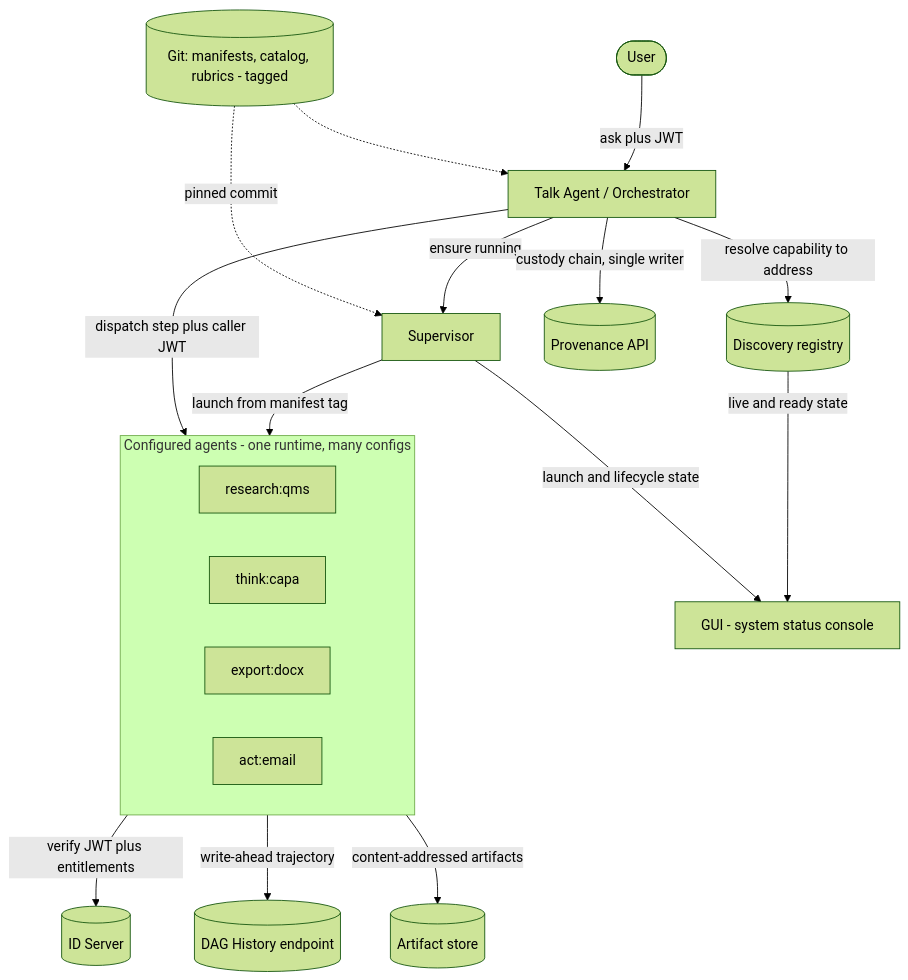
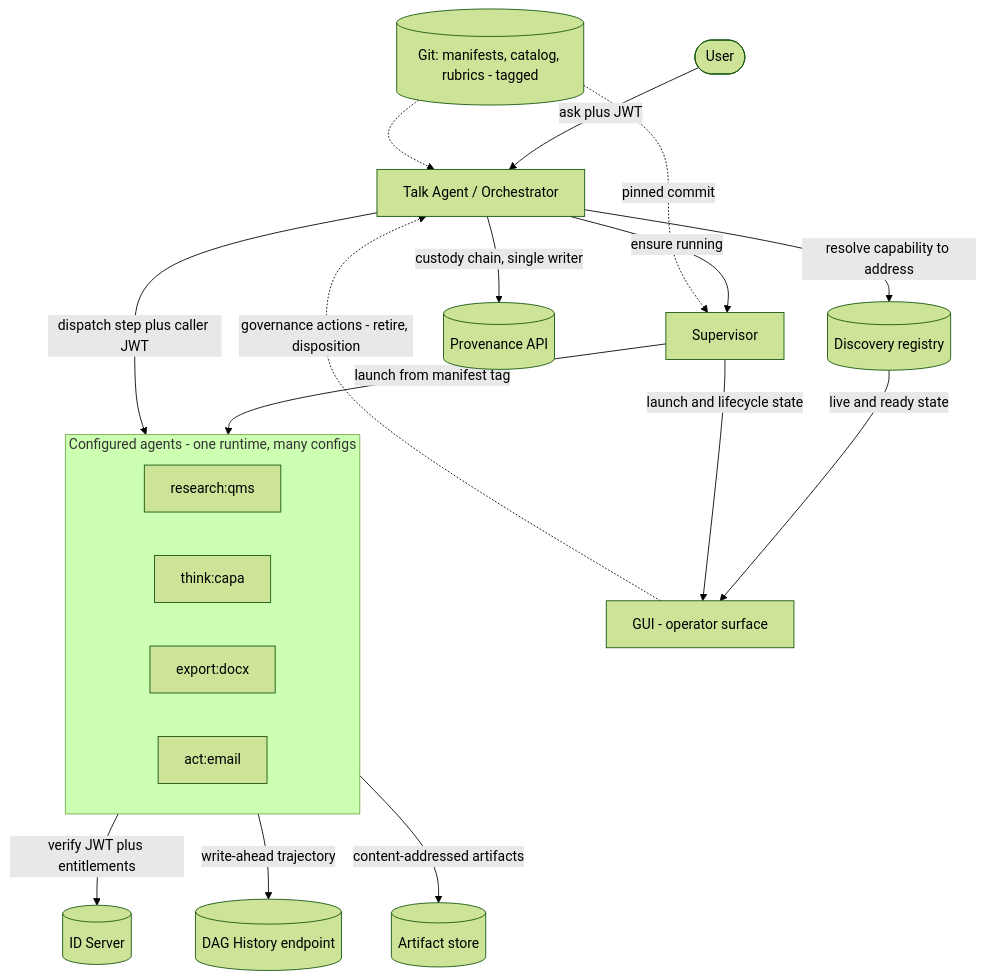
Before and after one commit to devausrehamd/rehamdmacflow: the first of 2 diagrams in docs/specs/SPEC-agent-platform-and-control-plane.md, drawn with Mermaid (forest theme). The commit also changed other lines of this file, not shown here.

First line of the commit message:
docs(spec): retire decision branches from the GUI

````diff
--- a/docs/specs/SPEC-agent-platform-and-control-plane.md
+++ b/docs/specs/SPEC-agent-platform-and-control-plane.md
@@ -38,22 +38,23 @@
 ```mermaid
 flowchart TB
   user([User]) -->|ask plus JWT| talk["Talk Agent / Orchestrator"]
   talk -->|resolve capability to address| disc[("Discovery registry")]
   talk -->|ensure running| sup["Supervisor"]
   sup -->|launch from manifest tag| agents
   subgraph agents["Configured agents - one runtime, many configs"]
     r["research:qms"]
     t["think:capa"]
     x["export:docx"]
     a["act:email"]
   end
   talk -->|dispatch step plus caller JWT| agents
   agents -->|verify JWT plus entitlements| ids[("ID Server")]
   talk -->|custody chain, single writer| prov[("Provenance API")]
   agents -->|write-ahead trajectory| hist[("DAG History endpoint")]
   agents -->|content-addressed artifacts| store[("Artifact store")]
   cfg[("Git: manifests, catalog, rubrics - tagged")] -.->|pinned commit| sup
   cfg -.-> talk
-  disc -->|live and ready state| gui["GUI - system status console"]
+  disc -->|live and ready state| gui["GUI - operator surface"]
   sup -->|launch and lifecycle state| gui
+  gui -.->|governance actions - retire, disposition| talk
 ```
````
